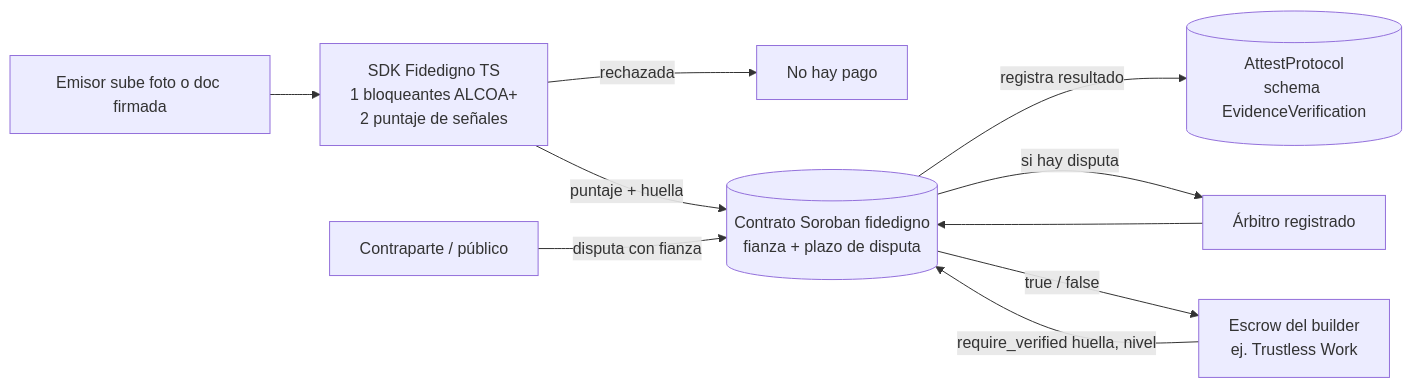
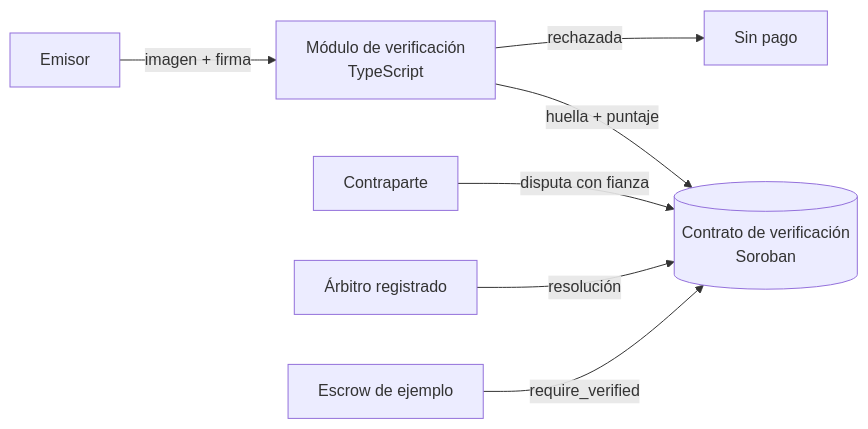
The diagram in docs/ARQUITECTURA.md (jfacundoayala/fidedigno), drawn with Mermaid before and after one commit. The commit also changed other lines of this file and 3 other files, not shown here.

````diff
--- a/docs/ARQUITECTURA.md
+++ b/docs/ARQUITECTURA.md
@@ -3,12 +5,9 @@
 ```mermaid
 flowchart LR
-  E[Emisor sube foto o doc firmada] --> SDK[SDK Fidedigno TS<br/>1 bloqueantes ALCOA+<br/>2 puntaje de señales]
-  SDK -->|rechazada| X[No hay pago]
-  SDK -->|puntaje + huella| F[(Contrato Soroban fidedigno<br/>fianza + plazo de disputa)]
-  F -->|registra resultado| A[(AttestProtocol<br/>schema EvidenceVerification)]
-  C[Contraparte / público] -->|disputa con fianza| F
-  F -->|si hay disputa| R[Árbitro registrado]
-  R --> F
-  B[Escrow del builder<br/>ej. Trustless Work] -->|require_verified huella, nivel| F
-  F -->|true / false| B
+  E[Emisor] -->|imagen + firma| M[Módulo de verificación<br/>TypeScript]
+  M -->|rechazada| X[Sin pago]
+  M -->|huella + puntaje| C[(Contrato de verificación<br/>Soroban)]
+  D[Contraparte] -->|disputa con fianza| C
+  A[Árbitro registrado] -->|resolución| C
+  S[Escrow de ejemplo] -->|require_verified| C
 ```
````
